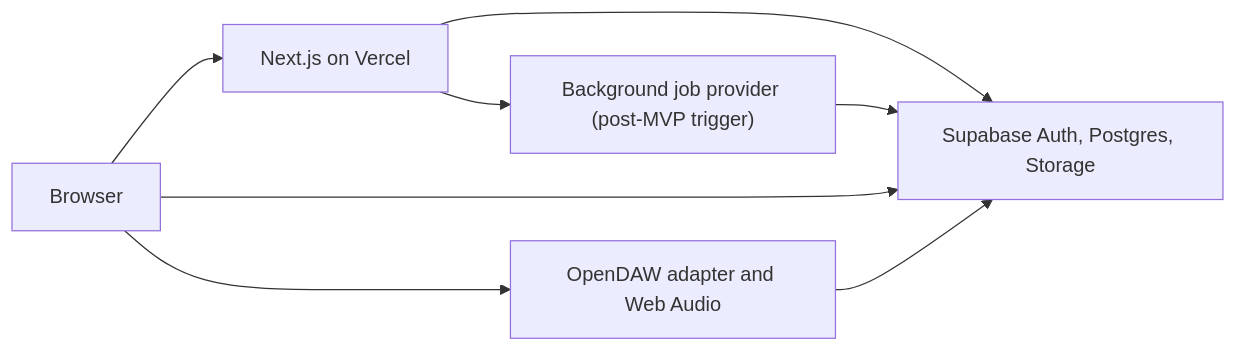
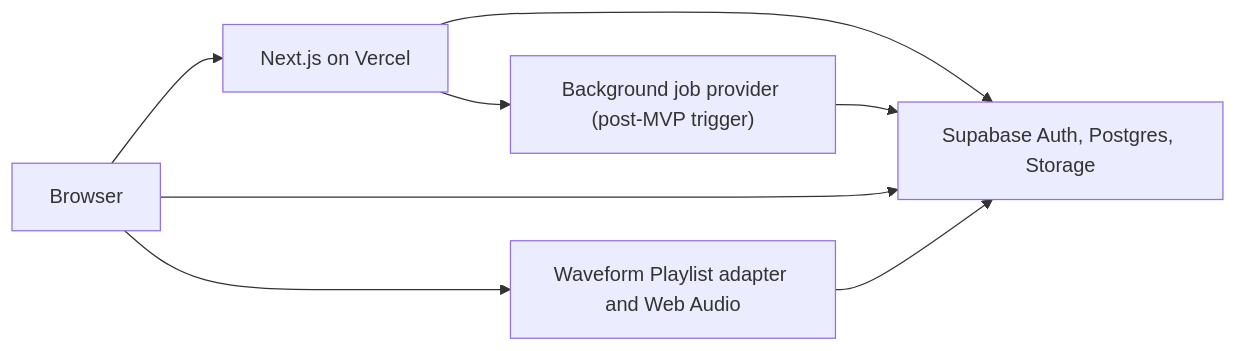
The diagram in docs/technical-design/01-system-architecture.md (DBordeleau/OpenMIDI), drawn with Mermaid before and after one commit. The commit also changed other lines of this file and 6 other files, not shown here.

Commit message:
Replaced OpenDAW with Waveform Playlist as the primary DAW interface referenced in docs

````diff
--- a/docs/technical-design/01-system-architecture.md
+++ b/docs/technical-design/01-system-architecture.md
@@ -12,10 +12,10 @@
 ```mermaid
 flowchart LR
   U["Browser"] --> N["Next.js on Vercel"]
   U --> S["Supabase Auth, Postgres, Storage"]
   N --> S
-  U --> O["OpenDAW adapter and Web Audio"]
+  U --> O["Waveform Playlist adapter and Web Audio"]
   O --> S
   N --> J["Background job provider (post-MVP trigger)"]
   J --> S
 ```
````
